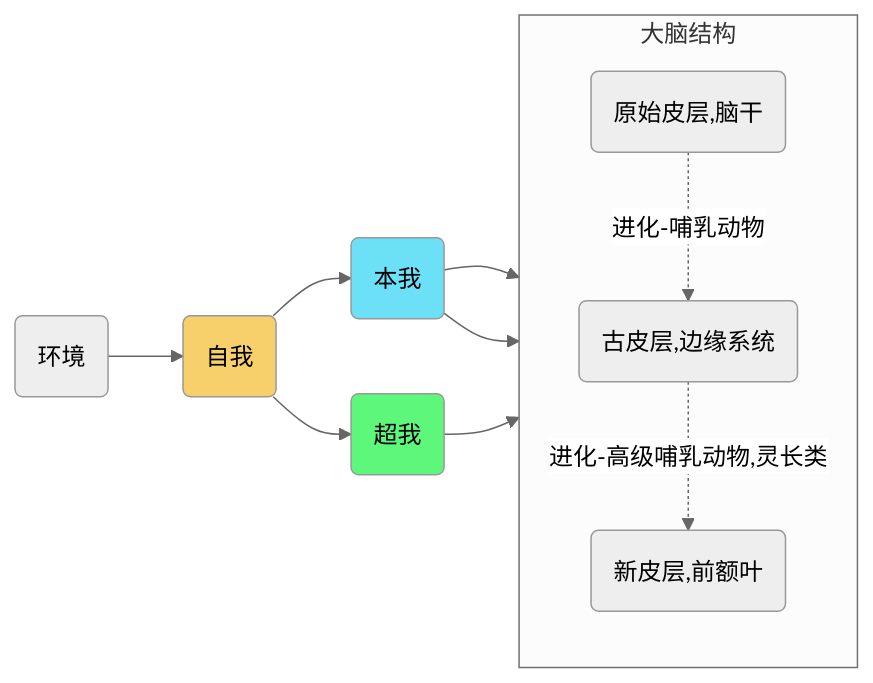
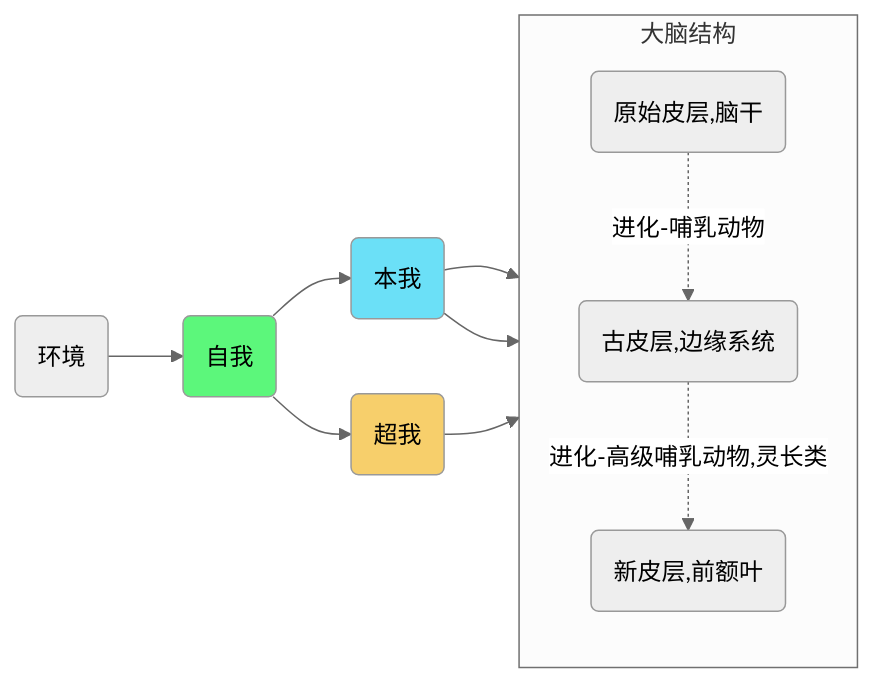
One commit to Gaohaoyang/gaohaoyang.github.io changed the second of 2 diagrams in _posts/2022-09-13-note-cognition-mind.md. Above: the diagram before and after it, drawn with Mermaid (neutral theme). The commit also changed other lines of this file, not shown here.

```diff
--- a/_posts/2022-09-13-note-cognition-mind.md
+++ b/_posts/2022-09-13-note-cognition-mind.md
@@ -156,23 +156,23 @@
 <div class="mermaid">
     flowchart LR
     %% 节点颜色
     classDef red fill:#f02;
     classDef green fill:#5CF77B;
     classDef blue fill:#6BE0F7;
     classDef orange fill:#F7CF6B;
     classDef start fill:#C8D64B;
     %%节点关系定义
-    O(环境)-->A(自我):::orange
+    O(环境)-->A(自我):::green
     A --> B(本我):::blue
     B --> D
     B --> E
-    A --> C(超我):::green
+    A --> C(超我):::orange
     C --> F
     subgraph new [大脑结构]
         direction TB
         D(原始皮层,脑干)
         E(古皮层,边缘系统)
         F(新皮层,前额叶)
         D -.->|进化-哺乳动物| E -.->|进化-高级哺乳动物,灵长类| F
     end
 </div>
```
